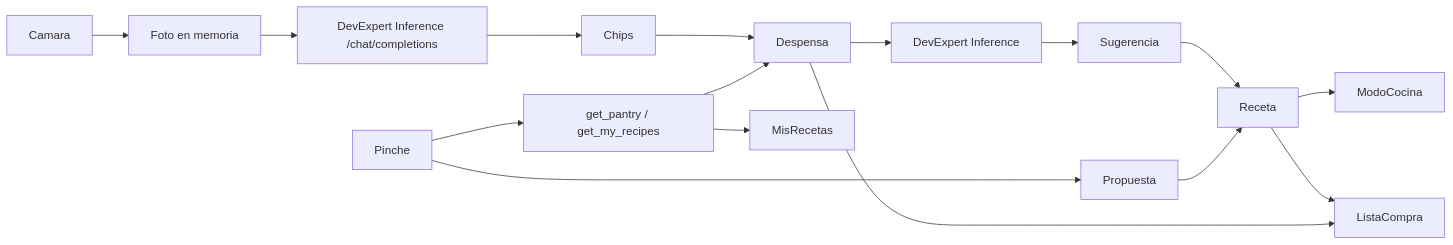
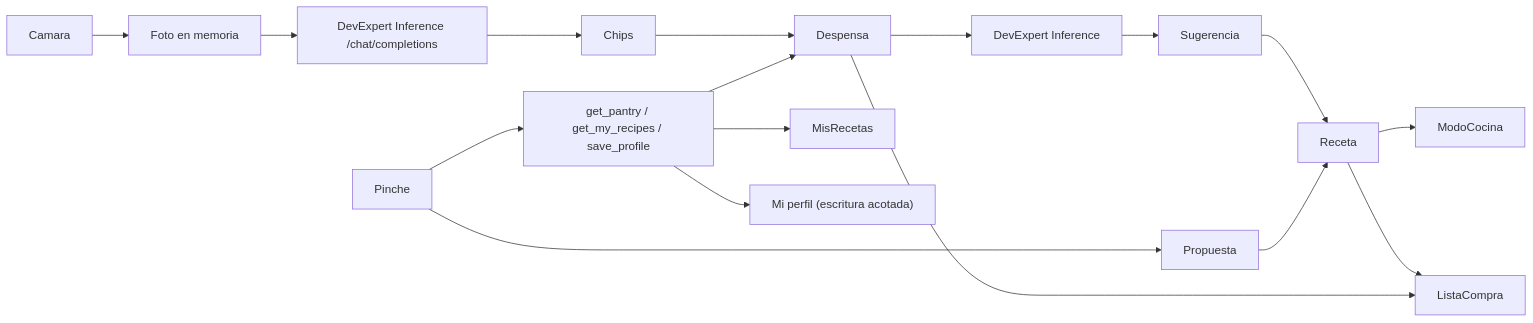
One commit to danibelmonte17/What-s-for-lunch- changed the diagram in docs/technical-discovery.md. Above: the diagram before and after it, drawn with Mermaid. The commit also changed other lines of this file and 18 other files, not shown here.

Commit message:
docs: record rellenar-perfil-con-el-pinche evidence and acceptance

````diff
--- a/docs/technical-discovery.md
+++ b/docs/technical-discovery.md
@@ -190,11 +190,12 @@
 ```mermaid
 flowchart LR
   Camara --> Foto["Foto en memoria"] --> VisionIA["DevExpert Inference /chat/completions"] --> Chips --> Despensa
   Despensa --> DevExpertInference["DevExpert Inference"] --> Sugerencia --> Receta
-  Pinche["Pinche"] --> Tools["get_pantry / get_my_recipes"] --> Despensa
+  Pinche["Pinche"] --> Tools["get_pantry / get_my_recipes / save_profile"] --> Despensa
   Tools --> MisRecetas
+  Tools --> MiPerfil["Mi perfil (escritura acotada)"]
   Pinche --> Propuesta --> Receta
   Receta --> ModoCocina
   Receta --> ListaCompra
   Despensa --> ListaCompra
 ```
````
